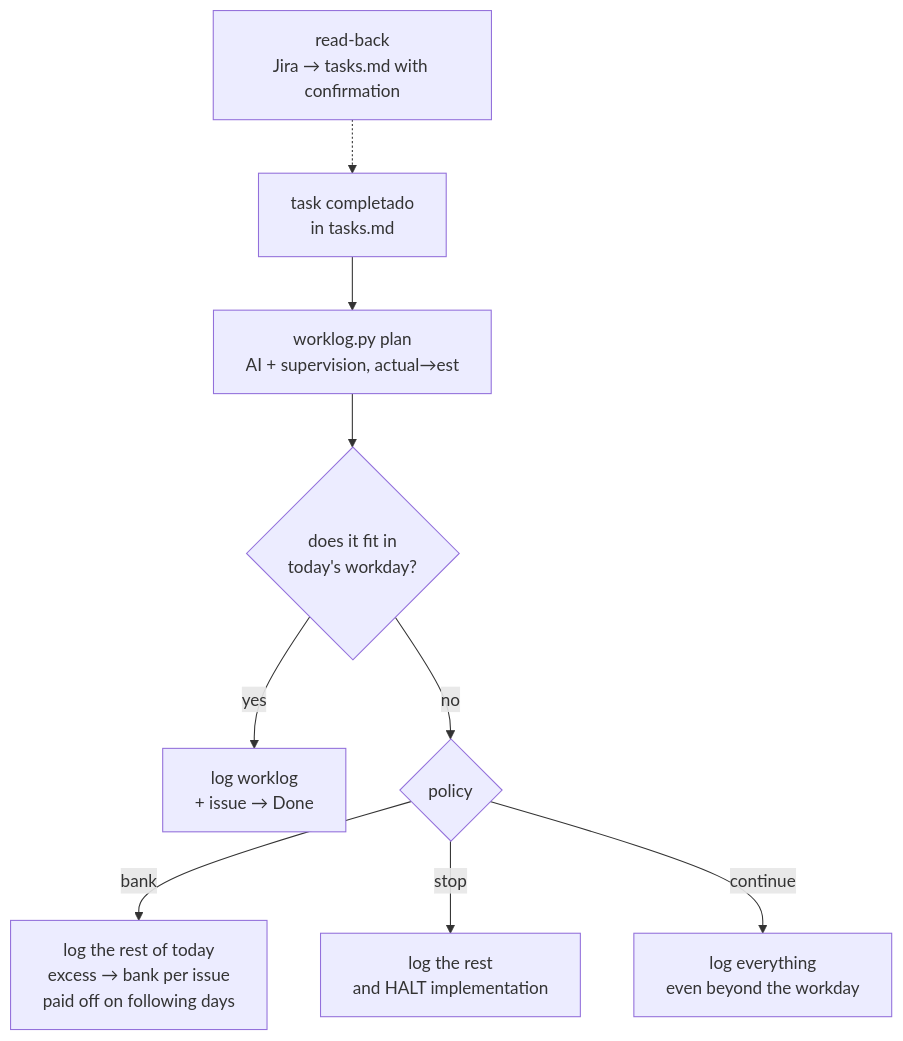
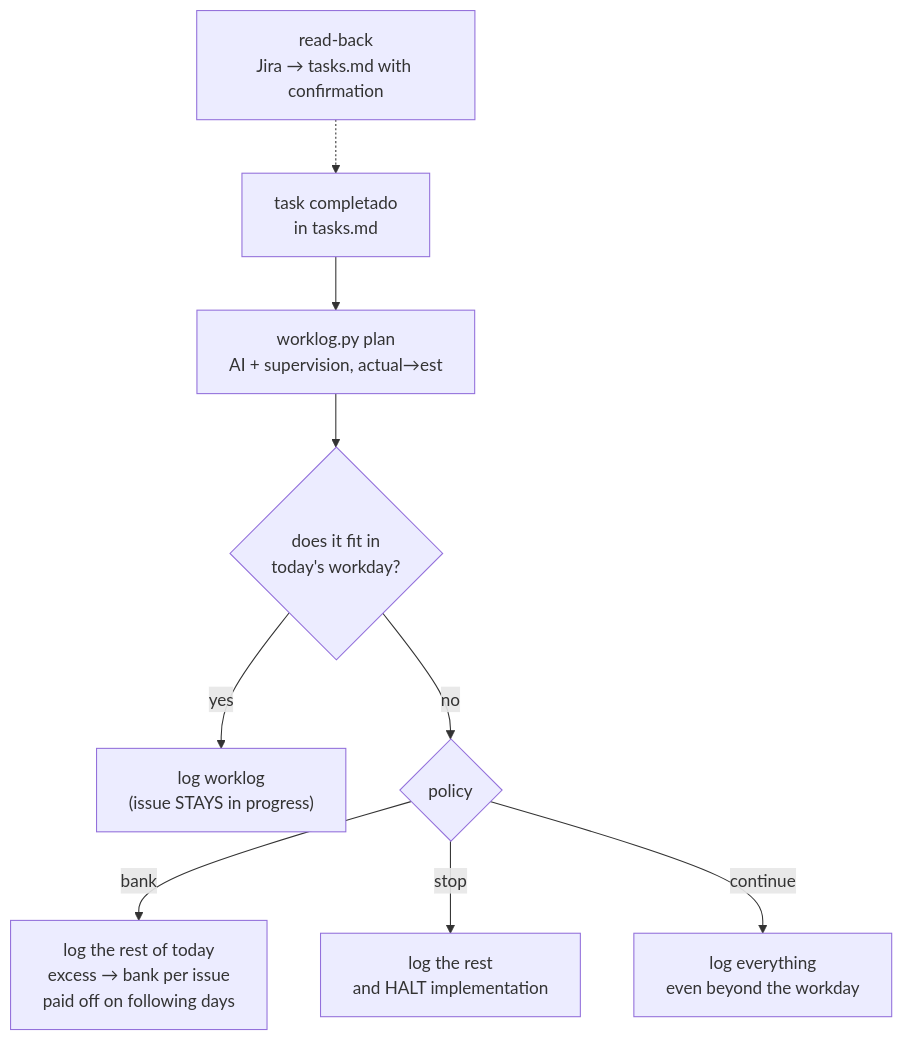
One commit to daycry/custom-agents changed the sixth of 12 diagrams in docs/en/FLOWS.md. Above: the diagram before and after it, drawn with Mermaid. The commit also changed other lines of this file and 215 other files, not shown here.

````diff
--- a/docs/en/FLOWS.md
+++ b/docs/en/FLOWS.md
@@ -134,11 +147,11 @@
 ```mermaid
 flowchart TD
     G["task completado<br/>in tasks.md"] --> H["worklog.py plan<br/>AI + supervision, actual→est"]
     H --> I{"does it fit in<br/>today's workday?"}
-    I -->|yes| J["log worklog<br/>+ issue → Done"]
+    I -->|yes| J["log worklog<br/>(issue STAYS in progress)"]
     I -->|no| K{"policy"}
     K -->|bank| L["log the rest of today<br/>excess → bank per issue<br/>paid off on following days"]
     K -->|stop| M["log the rest<br/>and HALT implementation"]
     K -->|continue| N["log everything<br/>even beyond the workday"]
     P["read-back<br/>Jira → tasks.md with confirmation"] -.-> G
 ```
````
